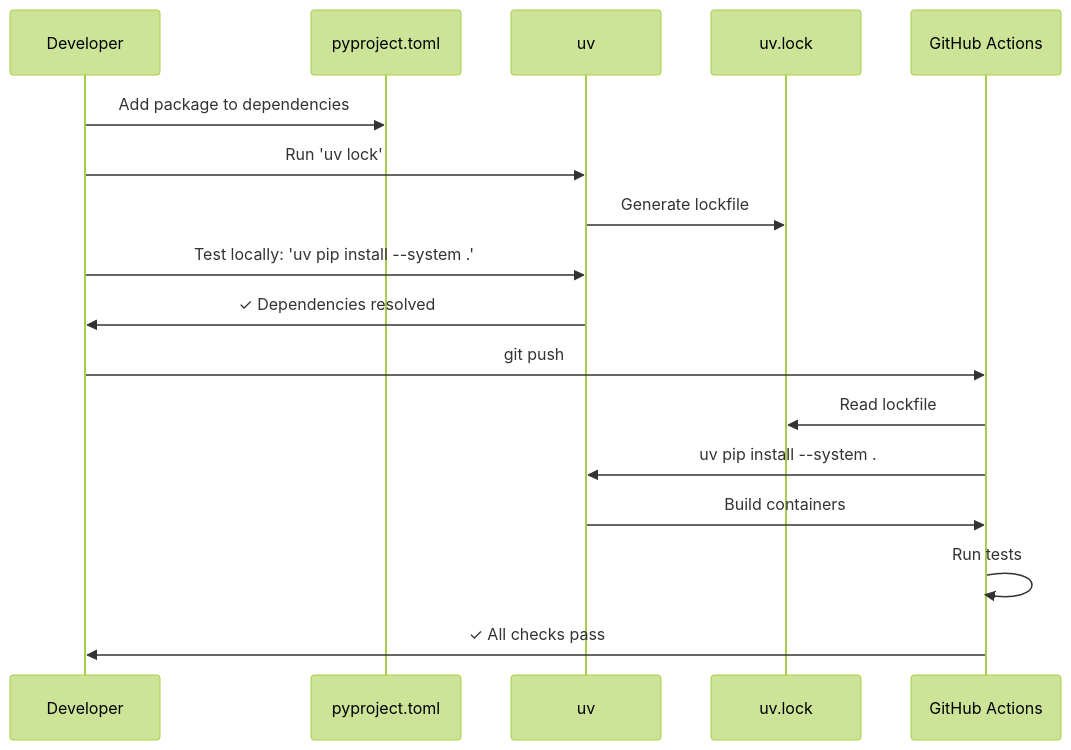
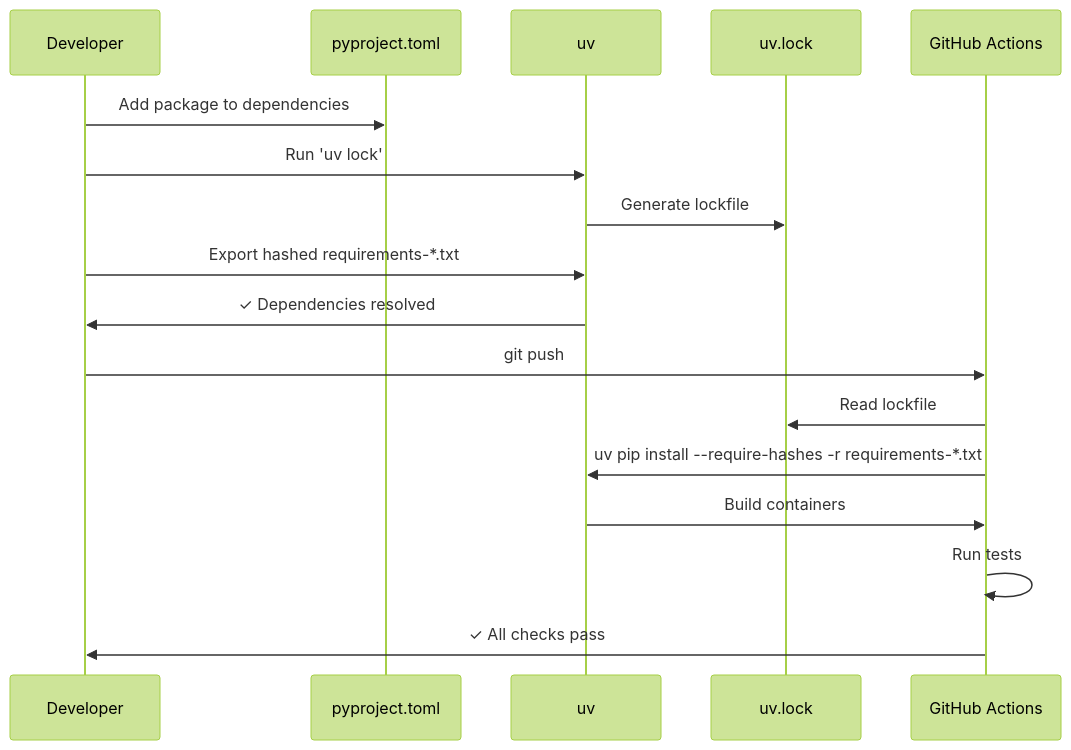
The eighth of 11 diagrams in docs/ARCHITECTURE.md (malpanez/ansible-devcontainer-vscode), drawn with Mermaid (forest theme) before and after one commit. The commit also changed other lines of this file and 26 other files, not shown here.

````diff
--- a/docs/ARCHITECTURE.md
+++ b/docs/ARCHITECTURE.md
@@ -321,21 +284,21 @@
 ```mermaid
 sequenceDiagram
     participant Dev as Developer
     participant PY as pyproject.toml
     participant UV as uv
     participant Lock as uv.lock
     participant CI as GitHub Actions
 
     Dev->>PY: Add package to dependencies
     Dev->>UV: Run 'uv lock'
     UV->>Lock: Generate lockfile
-    Dev->>UV: Test locally: 'uv pip install --system .'
+    Dev->>UV: Export hashed requirements-*.txt
     UV->>Dev: ✓ Dependencies resolved
 
     Dev->>CI: git push
     CI->>Lock: Read lockfile
-    CI->>UV: uv pip install --system .
+    CI->>UV: uv pip install --require-hashes -r requirements-*.txt
     UV->>CI: Build containers
     CI->>CI: Run tests
     CI->>Dev: ✓ All checks pass
 ```
````
